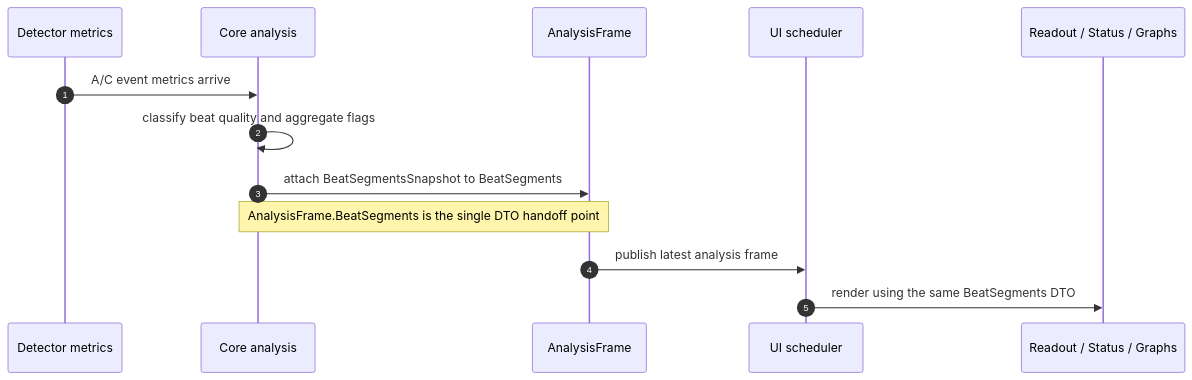
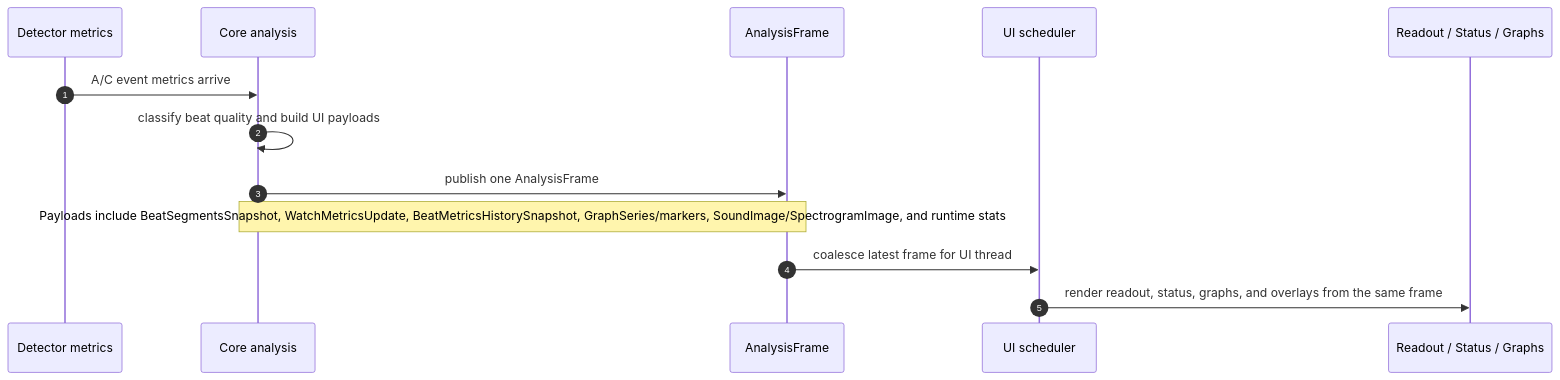
Before and after one commit to Jae-hong-5/TimeGrapher-Net: the second of 2 diagrams in docs/for-ai/SIGNAL_QUALITY_TEST_GUIDE.md, drawn with Mermaid. The commit also changed other lines of this file and 1 other file, not shown here.

Commit message:
docs(signal-quality): show full AnalysisFrame payload
[en] Update the runtime sequence diagram to show that AnalysisFrame carries BeatSegmentsSnapshot together with metrics, graph series, markers, image payloads, and runtime stats. This keeps signal-quality propagation in context as one payload group within the frame DTO.

The change follows the DTO consistency tactic used by AnalysisFrame: one frame is one coherent UI update unit, so consumers read related payloads from the same handoff instead of separate channels.

[ko] Runtime sequence diagram에서 AnalysisFrame이 BeatSegmentsSnapshot뿐 아니라 metrics, graph series, markers, image payload, runtime stats도 함께 전달한다는 점을 표시했다. Signal-quality 전달을 frame DTO 안의 한 payload group으로 설명하도록 정리했다.

이 변경은 AnalysisFrame의 DTO consistency tactic에 따른 것이다. 하나의 frame이 하나의 일관된 UI update 단위이므로 소비자는 별도 채널이 아니라 같은 handoff에서 관련 payload를 읽는다.

````diff
--- a/docs/for-ai/SIGNAL_QUALITY_TEST_GUIDE.md
+++ b/docs/for-ai/SIGNAL_QUALITY_TEST_GUIDE.md
@@ -107,16 +107,16 @@
 ```mermaid
 sequenceDiagram
     autonumber
     participant Metrics as Detector metrics
     participant Core as Core analysis
     participant Frame as AnalysisFrame
     participant Ui as UI scheduler
     participant Presentation as Readout / Status / Graphs
 
     Metrics->>Core: A/C event metrics arrive
-    Core->>Core: classify beat quality and aggregate flags
-    Core->>Frame: attach BeatSegmentsSnapshot to BeatSegments
-    Note over Core,Frame: AnalysisFrame.BeatSegments is the single DTO handoff point
-    Frame->>Ui: publish latest analysis frame
-    Ui->>Presentation: render using the same BeatSegments DTO
+    Core->>Core: classify beat quality and build UI payloads
+    Core->>Frame: publish one AnalysisFrame
+    Note over Core,Frame: Payloads include BeatSegmentsSnapshot, WatchMetricsUpdate, BeatMetricsHistorySnapshot, GraphSeries/markers, SoundImage/SpectrogramImage, and runtime stats
+    Frame->>Ui: coalesce latest frame for UI thread
+    Ui->>Presentation: render readout, status, graphs, and overlays from the same frame
 ```
````
